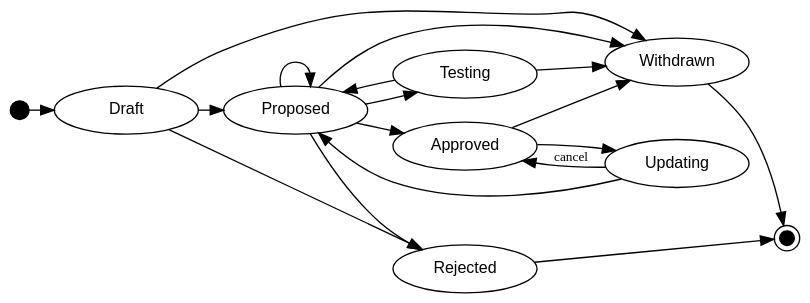
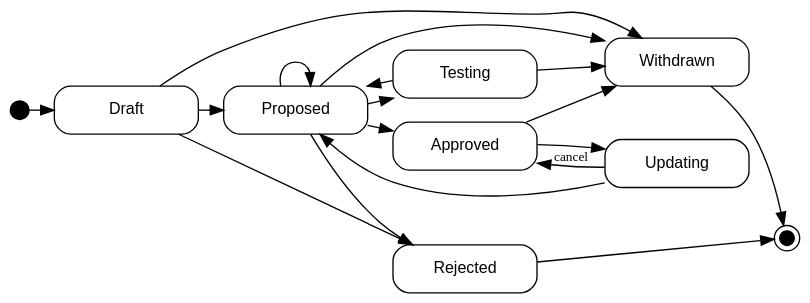
One commit to sdm-lang/sdml-io changed the diagram in docs/rfcs/process.org. Above: the diagram before and after it, drawn with Graphviz. The commit also changed other lines of this file and 13 other files, not shown here.

```diff
--- a/docs/rfcs/process.org
+++ b/docs/rfcs/process.org
@@ -24,39 +25,39 @@
 #+BEGIN_SRC dot :file sdml-rfc-states.svg :exports results
 strict digraph {
     bgcolor="transparent";
     nodesep=0.25;
     rankdir=LR;
     ranksep=0.25;
     
-    node [shape="ellipse"; fontname="Sans-Serif"; fontsize=12; width=1.5];
+    node [shape="rectangle"; style="rounded"; fontname="Sans-Serif"; fontsize=12; width=1.5];
 
     // All place nodes.
-    start [style="filled"; color="black"; fillcolor="black"; label=""; height=0.2; width=0.2];
+    start [shape="circle"; style="filled"; color="black"; fillcolor="black"; label=""; width=0.2];
     draft [label="Draft"];
     proposed [label="Proposed"];
     testing [label="Testing"];
     updating [label="Updating"];
     approved [label="Approved"];
     rejected [label="Rejected"];
     withdrawn [label="Withdrawn"];
     end [shape="circle"; style="filled"; color="black"; fillcolor="black"; label=""; width=0.15; peripheries=2];
 
     start -> draft;
     draft -> proposed;
     draft -> rejected;
     draft -> withdrawn;
     proposed -> proposed;
     proposed -> testing;
     proposed -> approved;
     proposed -> rejected;
     proposed -> withdrawn;
     testing -> proposed;
     testing -> withdrawn;
     approved -> withdrawn;
     approved -> updating;
     updating -> proposed;
     updating -> approved [label="cancel"; fontsize=10];
     withdrawn -> end;
     rejected -> end;
 }
 #+END_SRC
```
